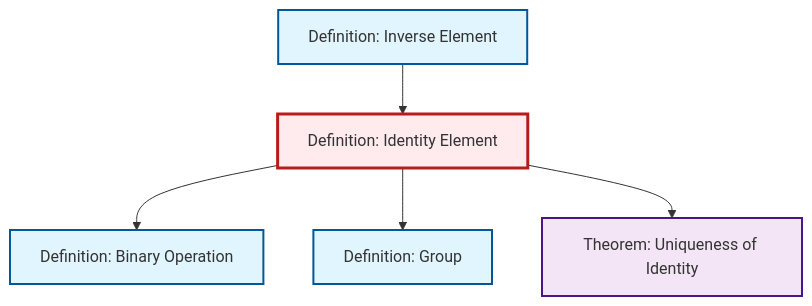
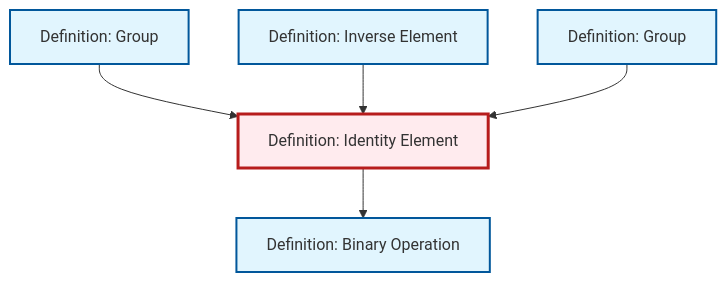
The diagram in content/en/algebra/def-identity-element.qmd (RK0429/ModernMath), drawn with Mermaid before and after one commit. The commit also changed 511 other files, not shown here.

````diff
--- a/content/en/algebra/def-identity-element.qmd
+++ b/content/en/algebra/def-identity-element.qmd
@@ -77,24 +77,19 @@
 ```{mermaid}
 %%| fig-cap: "Local dependency graph"
 graph TD
     classDef definition fill:#e1f5fe,stroke:#01579b,stroke-width:2px
     classDef theorem fill:#f3e5f5,stroke:#4a148c,stroke-width:2px
     classDef axiom fill:#fff3e0,stroke:#e65100,stroke-width:2px
     classDef example fill:#e8f5e9,stroke:#1b5e20,stroke-width:2px
     classDef current fill:#ffebee,stroke:#b71c1c,stroke-width:3px
+    def-identity-element["Definition: Identity Element"]:::definition
+    def-inverse-element["Definition: Inverse Element"]:::definition
+    def-binary-operation["Definition: Binary Operation"]:::definition
     def-group["Definition: Group"]:::definition
-    def-identity-element["Definition: Identity Element"]:::definition
-    def-binary-operation["Definition: Binary Operation"]:::definition
-    def-inverse-element["Definition: Inverse Element"]:::definition
-    thm-unique-identity["Theorem: Uniqueness of Identity"]:::theorem
+    def-group-example["Definition: Group"]:::definition
+    def-group-example --> def-identity-element
     def-inverse-element --> def-identity-element
     def-identity-element --> def-binary-operation
-    def-identity-element --> def-group
-    def-identity-element --> thm-unique-identity
+    def-group --> def-identity-element
     class def-identity-element current
-
-    click def-group "def-group.html" "Go to Group definition"
-    click def-binary-operation "def-binary-operation.html" "Go to Binary Operation definition"
-    click def-inverse-element "def-inverse-element.html" "Go to Inverse Element definition"
-    click thm-unique-identity "thm-unique-identity.html" "Go to Uniqueness of Identity theorem"
 ```
````
